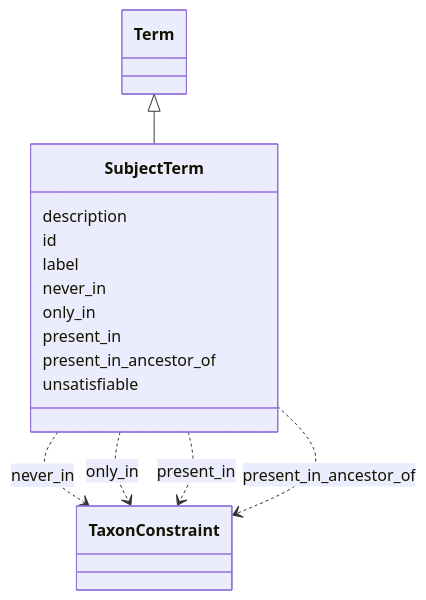
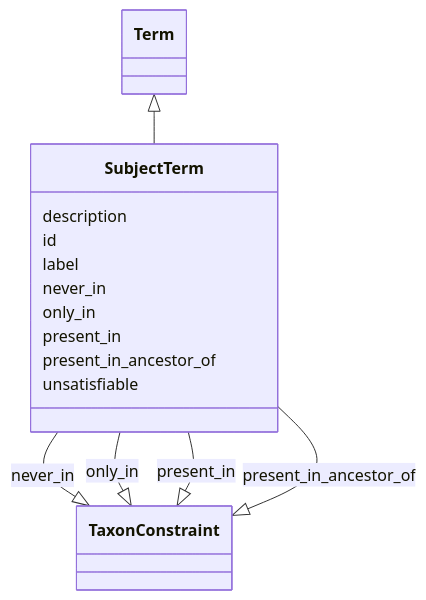
One commit to INCATools/ontology-access-kit changed the diagram in taxon-constraints/SubjectTerm.md. Above: the diagram before and after it, drawn with Mermaid. The commit also changed other lines of this file and 3011 other files, not shown here.

````diff
--- a/taxon-constraints/SubjectTerm.md
+++ b/taxon-constraints/SubjectTerm.md
@@ -11,31 +14,31 @@
 ```{mermaid}
  classDiagram
     class SubjectTerm
       Term <|-- SubjectTerm
       
       SubjectTerm : description
         
       SubjectTerm : id
         
       SubjectTerm : label
         
       SubjectTerm : never_in
         
-          SubjectTerm ..> TaxonConstraint : never_in
+          SubjectTerm --|> TaxonConstraint : never_in
         
       SubjectTerm : only_in
         
-          SubjectTerm ..> TaxonConstraint : only_in
+          SubjectTerm --|> TaxonConstraint : only_in
         
       SubjectTerm : present_in
         
-          SubjectTerm ..> TaxonConstraint : present_in
+          SubjectTerm --|> TaxonConstraint : present_in
         
       SubjectTerm : present_in_ancestor_of
         
-          SubjectTerm ..> TaxonConstraint : present_in_ancestor_of
+          SubjectTerm --|> TaxonConstraint : present_in_ancestor_of
         
       SubjectTerm : unsatisfiable
         
       
 ```
````
